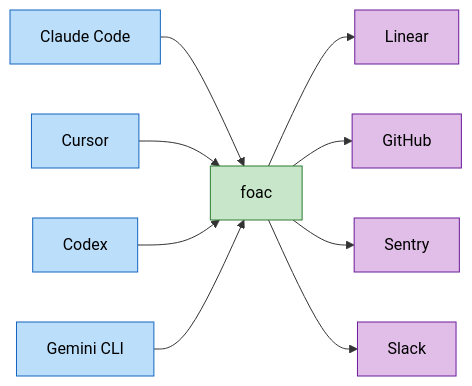
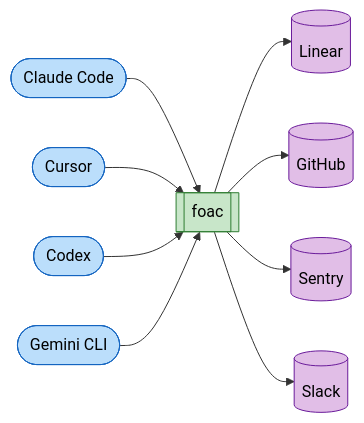
The second of 2 diagrams in README.md (alephic-ai/foac), drawn with Mermaid before and after one commit. The commit also changed other lines of this file, not shown here.

Commit message:
docs: shape the README diagram nodes by kind

````diff
--- a/README.md
+++ b/README.md
@@ -44,14 +44,14 @@
 ```mermaid
 graph LR
-    CC[Claude Code] --> F
-    CU[Cursor] --> F
-    CX[Codex] --> F
-    GEM[Gemini CLI] --> F[foac]
-    F --> Linear & GitHub & Sentry & Slack
+    CC([Claude Code]) --> F
+    CU([Cursor]) --> F
+    CX([Codex]) --> F
+    GEM([Gemini CLI]) --> F[[foac]]
+    F --> Linear[(Linear)] & GitHub[(GitHub)] & Sentry[(Sentry)] & Slack[(Slack)]
     classDef harness fill:#bbdefb,stroke:#1565c0,color:#000
     classDef cli fill:#c8e6c9,stroke:#2e7d32,color:#000
     classDef provider fill:#e1bee7,stroke:#6a1b9a,color:#000
     class CC,CU,CX,GEM harness
     class F cli
     class Linear,GitHub,Sentry,Slack provider
 ```
````
